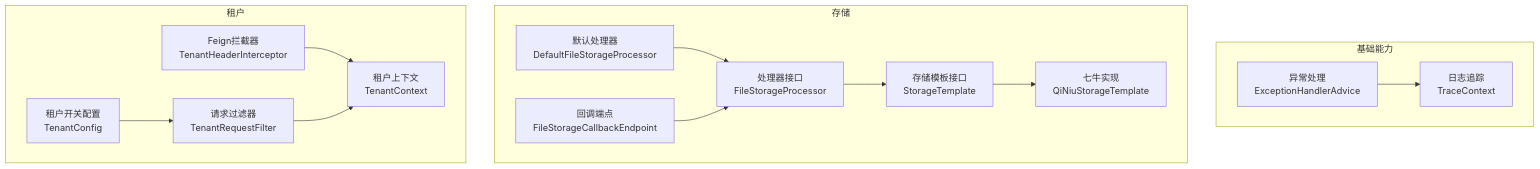
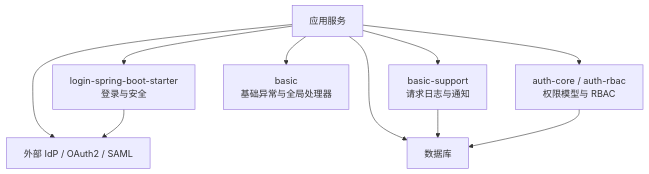
One commit to LiukewenSC/kewen-framework changed the first of 6 diagrams in .qoder/repowiki/zh/content/故障排除/故障排除.md. Above: the diagram before and after it, drawn with Mermaid. The commit also changed other lines of this file and 195 other files, not shown here.

````diff
--- a/.qoder/repowiki/zh/content/故障排除/故障排除.md
+++ b/.qoder/repowiki/zh/content/故障排除/故障排除.md
@@ -59,28 +54,12 @@
 ```mermaid
 graph TB
-subgraph "基础能力"
-EXC["异常处理<br/>ExceptionHandlerAdvice"]
-LOG["日志追踪<br/>TraceContext"]
-end
-subgraph "存储"
-STPL["存储模板接口<br/>StorageTemplate"]
-QN["七牛实现<br/>QiNiuStorageTemplate"]
-PROC["处理器接口<br/>FileStorageProcessor"]
-DEF["默认处理器<br/>DefaultFileStorageProcessor"]
-CB["回调端点<br/>FileStorageCallbackEndpoint"]
-end
-subgraph "租户"
-CTX["租户上下文<br/>TenantContext"]
-FIL["请求过滤器<br/>TenantRequestFilter"]
-INT["Feign拦截器<br/>TenantHeaderInterceptor"]
-CFG["租户开关配置<br/>TenantConfig"]
-end
-EXC --> LOG
-PROC --> STPL
-STPL --> QN
-DEF --> PROC
-CB --> PROC
-INT --> CTX
-FIL --> CTX
-CFG --> FIL
+    A["应用服务"] --> B["login-spring-boot-starter<br/>登录与安全"]
+    A --> C["auth-core / auth-rbac<br/>权限模型与 RBAC"]
+    A --> D["basic<br/>基础异常与全局处理器"]
+    A --> E["basic-support<br/>请求日志与通知"]
+    A --> F["外部 IdP / OAuth2 / SAML"]
+    A --> G["数据库"]
+    E --> G
+    B --> F
+    C --> G
 ```
````
